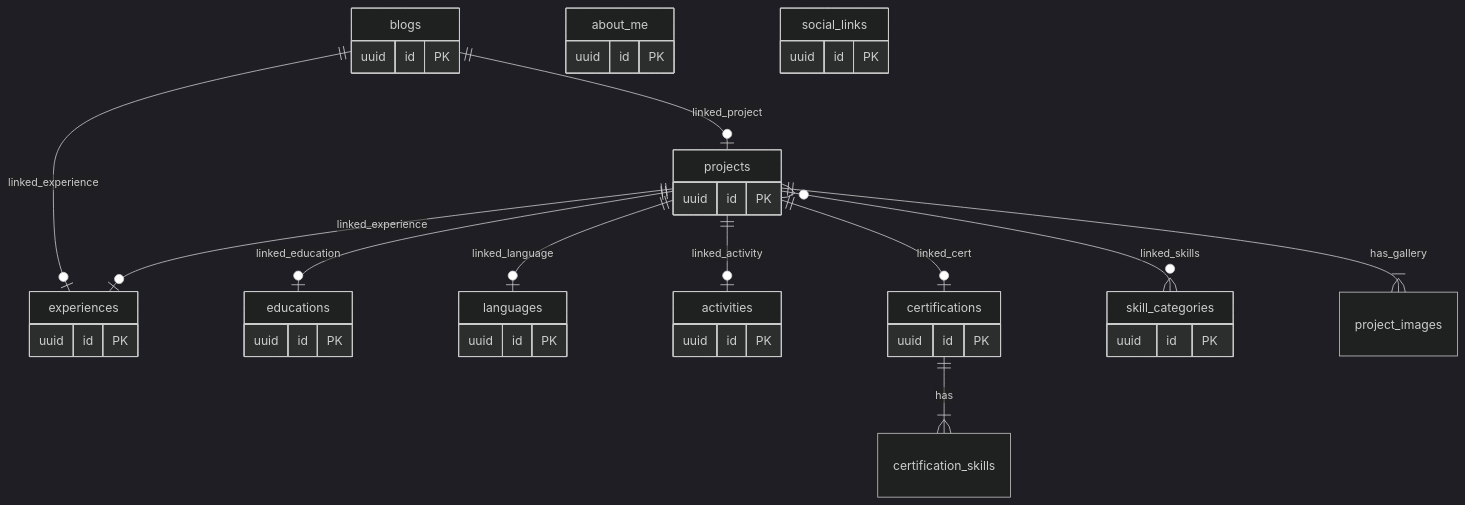
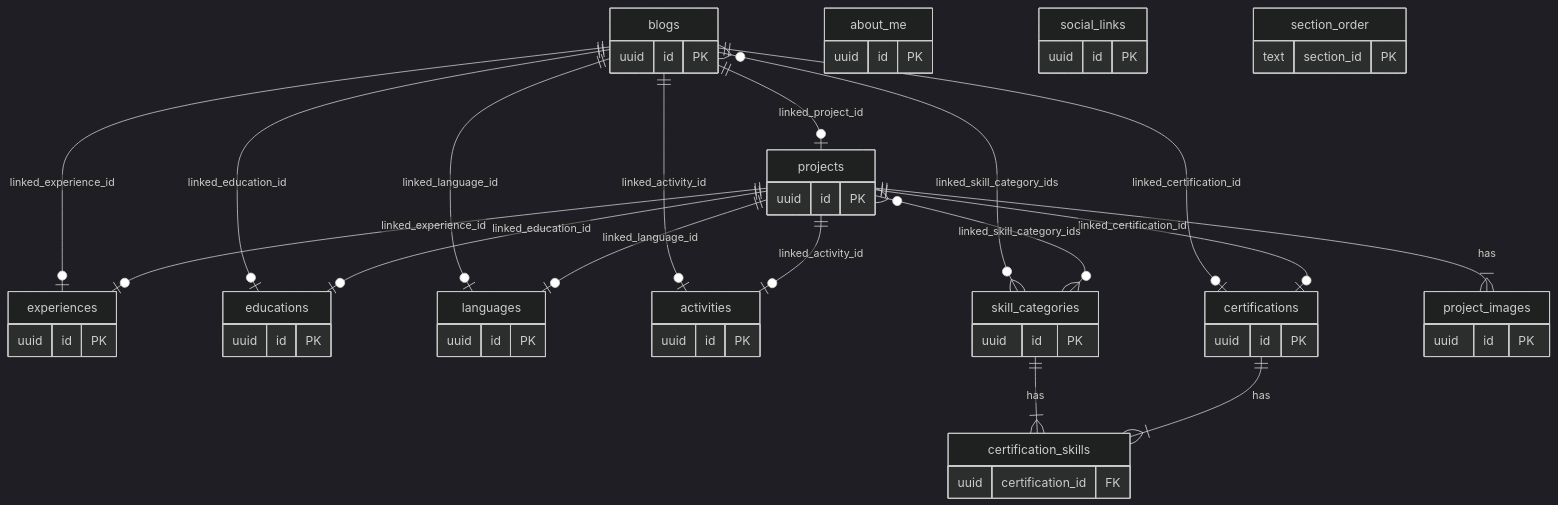
One commit to batuhd/batuhdede.me changed the first of 3 diagrams in README.md. Above: the diagram before and after it, drawn with Mermaid (dark theme). The commit also changed other lines of this file and 8 other files, not shown here.

````diff
--- a/README.md
+++ b/README.md
@@ -90,26 +223,35 @@
 ```mermaid
 erDiagram
-    projects ||--o| experiences : "linked_experience"
-    projects ||--o| educations : "linked_education"
-    projects ||--o| languages : "linked_language"
-    projects ||--o| activities : "linked_activity"
-    projects ||--o| certifications : "linked_cert"
-    projects }o--o{ skill_categories : "linked_skills"
-    projects ||--|{ project_images : "has_gallery"
+    projects ||--o| experiences : "linked_experience_id"
+    projects ||--o| educations : "linked_education_id"
+    projects ||--o| languages : "linked_language_id"
+    projects ||--o| activities : "linked_activity_id"
+    projects ||--o| certifications : "linked_certification_id"
+    projects }o--o{ skill_categories : "linked_skill_category_ids"
+    projects ||--|{ project_images : "has"
 
-    blogs ||--o| projects : "linked_project"
-    blogs ||--o| experiences : "linked_experience"
-    
+    blogs ||--o| projects : "linked_project_id"
+    blogs ||--o| experiences : "linked_experience_id"
+    blogs ||--o| educations : "linked_education_id"
+    blogs ||--o| languages : "linked_language_id"
+    blogs ||--o| activities : "linked_activity_id"
+    blogs ||--o| certifications : "linked_certification_id"
+    blogs }o--o{ skill_categories : "linked_skill_category_ids"
+
     certifications ||--|{ certification_skills : "has"
+    skill_categories ||--|{ certification_skills : "has"
 
     projects { uuid id PK }
     blogs { uuid id PK }
     experiences { uuid id PK }
     educations { uuid id PK }
     skill_categories { uuid id PK }
     languages { uuid id PK }
     activities { uuid id PK }
     certifications { uuid id PK }
+    project_images { uuid id PK }
+    certification_skills { uuid certification_id FK }
     about_me { uuid id PK }
     social_links { uuid id PK }
+    section_order { text section_id PK }
 ```
````
